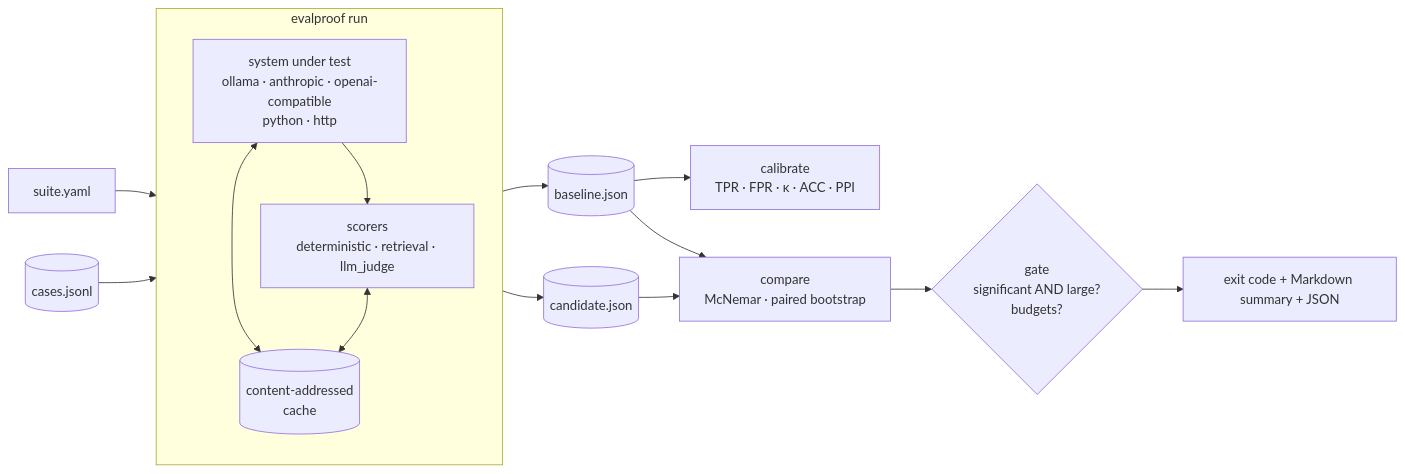
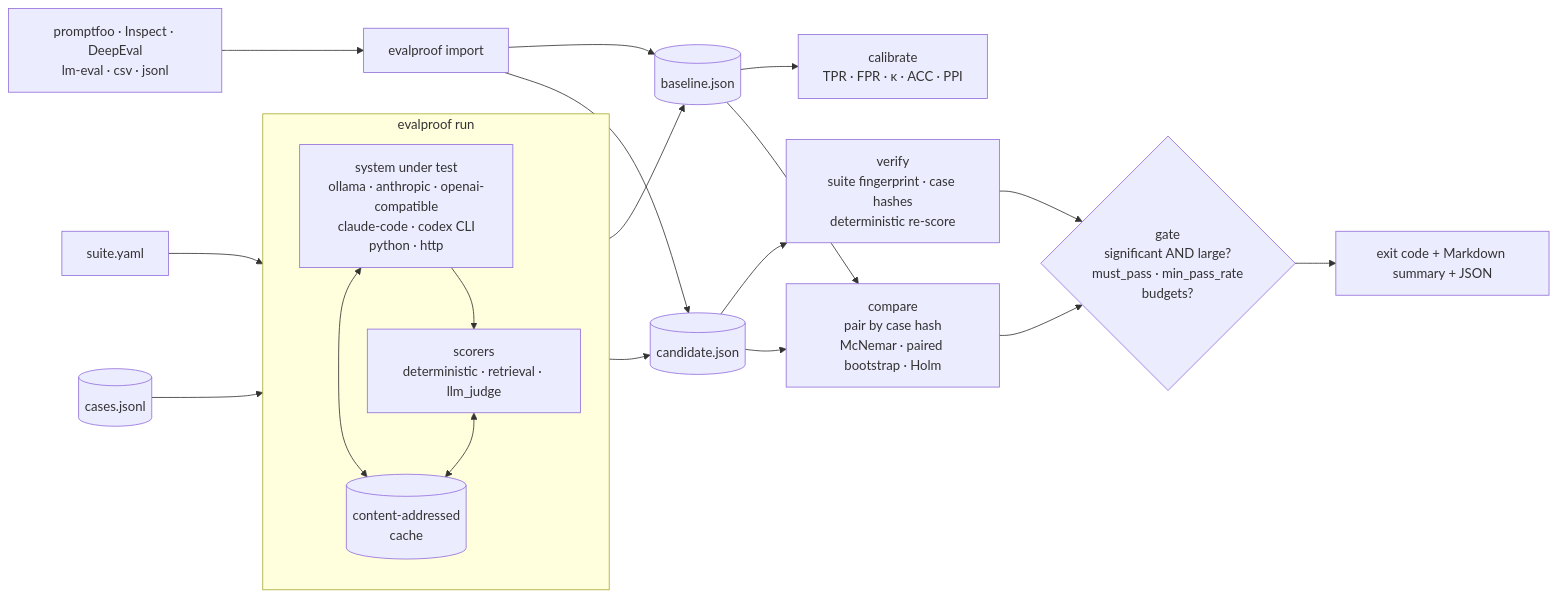
The diagram in README.md (technobasant/evalproof), drawn with Mermaid before and after one commit. The commit also changed other lines of this file, not shown here.

First line of the commit message:
README: install routes, use cases, verify and import in the overview

````diff
--- a/README.md
+++ b/README.md
@@ -568,19 +677,24 @@
 ```mermaid
 flowchart LR
   suite[suite.yaml] --> runner
   data[(cases.jsonl)] --> runner
   subgraph runner[evalproof run]
-    sys[system under test<br/>ollama · anthropic · openai-compatible<br/>python · http] --> scorers
+    sys[system under test<br/>ollama · anthropic · openai-compatible<br/>claude-code · codex CLI<br/>python · http] --> scorers
     scorers[scorers<br/>deterministic · retrieval · llm_judge]
     cache[(content-addressed<br/>cache)]
     sys <--> cache
     scorers <--> cache
   end
+  other[promptfoo · Inspect · DeepEval<br/>lm-eval · csv · jsonl] --> imp[evalproof import]
   runner --> run1[(baseline.json)]
   runner --> run2[(candidate.json)]
+  imp --> run1
+  imp --> run2
+  run2 --> ver[verify<br/>suite fingerprint · case hashes<br/>deterministic re-score]
   run1 --> cal[calibrate<br/>TPR · FPR · κ · ACC · PPI]
-  run1 --> cmp[compare<br/>McNemar · paired bootstrap]
+  run1 --> cmp[compare<br/>pair by case hash<br/>McNemar · paired bootstrap · Holm]
   run2 --> cmp
-  cmp --> gate{gate<br/>significant AND large?<br/>budgets?}
+  ver --> gate
+  cmp --> gate{gate<br/>significant AND large?<br/>must_pass · min_pass_rate<br/>budgets?}
   gate --> out[exit code + Markdown summary + JSON]
 ```
````
